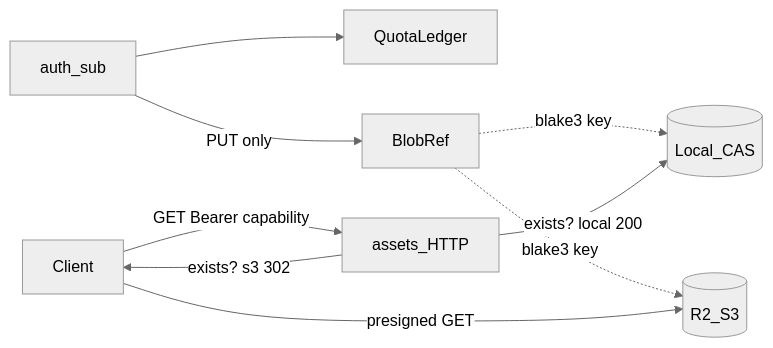
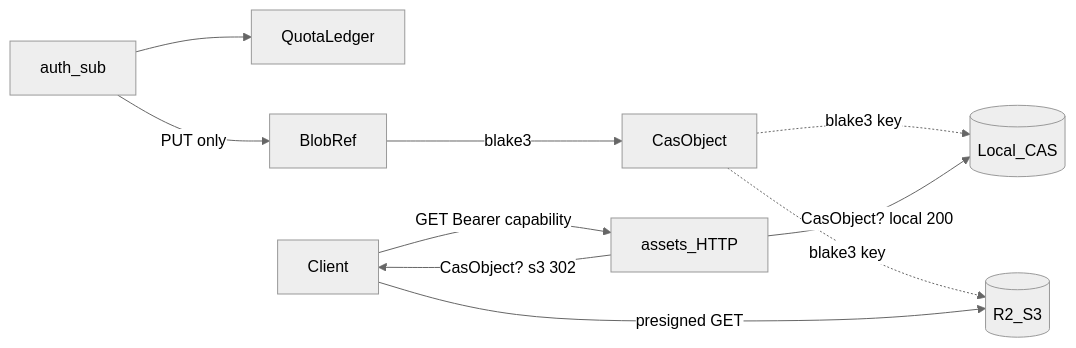
The diagram in .workspace/0_doc/architecture/assets-server.md (FRICK-ELDY/alchemy), drawn with Mermaid (neutral theme) before and after one commit. The commit also changed other lines of this file and 16 other files, not shown here.

Commit message:
feat(x003f): CAS object/ref 分離 + reserved_bytes put 補償（P1-2）

````diff
--- a/.workspace/0_doc/architecture/assets-server.md
+++ b/.workspace/0_doc/architecture/assets-server.md
@@ -66,11 +69,12 @@
 ```mermaid
 flowchart LR
   UserRef[auth_sub] --> QuotaLedger
   UserRef -->|"PUT only"| BlobRef
-  BlobRef -.->|"blake3 key"| CASLocal[(Local_CAS)]
-  BlobRef -.->|"blake3 key"| CASR2[(R2_S3)]
+  BlobRef -->|"blake3"| CasObject
+  CasObject -.->|"blake3 key"| CASLocal[(Local_CAS)]
+  CasObject -.->|"blake3 key"| CASR2[(R2_S3)]
   Client -->|"GET Bearer capability"| API[assets_HTTP]
-  API -->|"exists? local 200"| CASLocal
-  API -->|"exists? s3 302"| Client
+  API -->|"CasObject? local 200"| CASLocal
+  API -->|"CasObject? s3 302"| Client
   Client -->|"presigned GET"| CASR2
 ```
````
